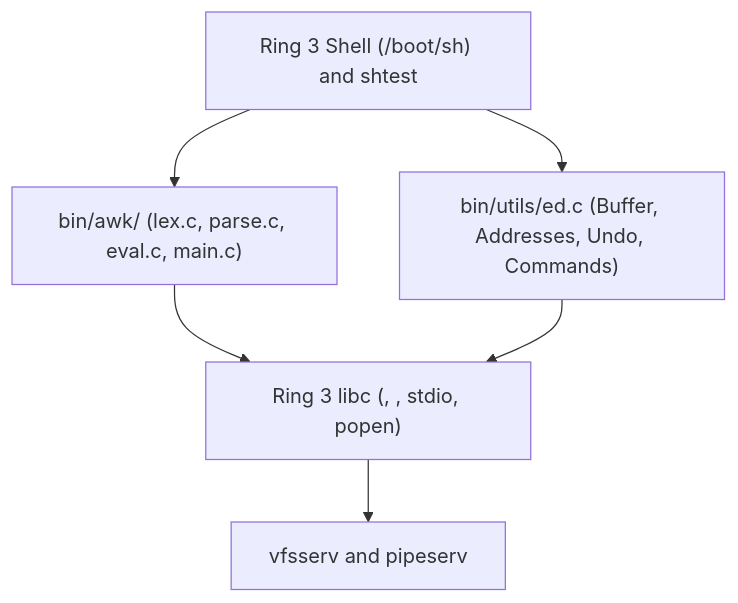
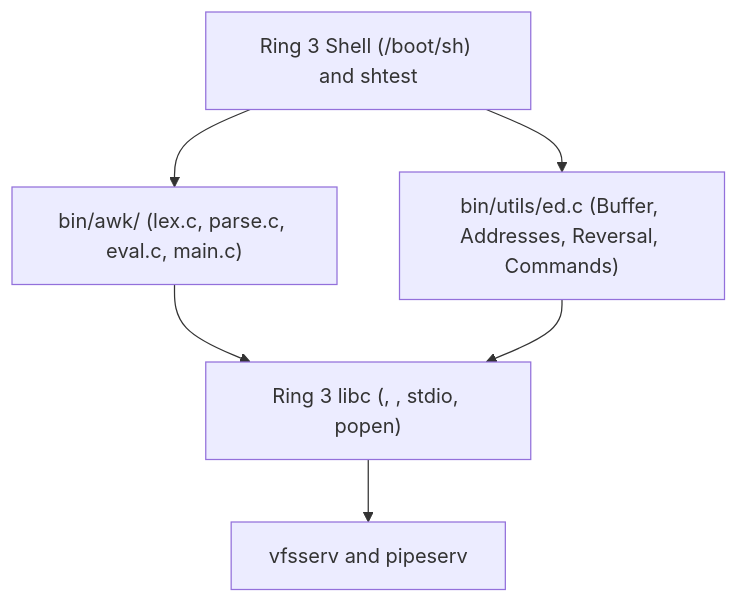
The diagram in docs/30-architecture/adr/ADR_0048.md (Deniz-Eren/microkernel), drawn with Mermaid before and after one commit. The commit also changed other lines of this file and 151 other files, not shown here.

````diff
--- a/docs/30-architecture/adr/ADR_0048.md
+++ b/docs/30-architecture/adr/ADR_0048.md
@@ -20,14 +20,14 @@
 ```mermaid
 flowchart TD
     SH["Ring 3 Shell (/boot/sh) and shtest"]
     AWK["bin/awk/ (lex.c, parse.c, eval.c, main.c)"]
-    ED["bin/utils/ed.c (Buffer, Addresses, Undo, Commands)"]
+    ED["bin/utils/ed.c (Buffer, Addresses, Reversal, Commands)"]
     LIB["Ring 3 libc (<regex.h>, <math.h>, stdio, popen)"]
     SRV["vfsserv and pipeserv"]
 
     SH --> AWK
     SH --> ED
     AWK --> LIB
     ED --> LIB
     LIB --> SRV
 ```
````
